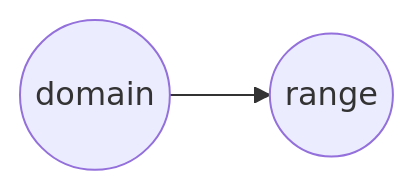
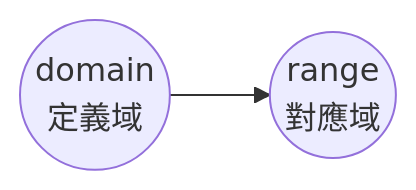
The first of 2 diagrams in calculus/0_functions.md (CaesarLi-WantToBeAFreeMan/math-notes), drawn with Mermaid before and after one commit. The commit also changed other lines of this file, not shown here.

````diff
--- a/calculus/0_functions.md
+++ b/calculus/0_functions.md
@@ -1178,4 +1233,4 @@
    ```mermaid
    flowchart LR
-        A(("domain")) --> B(("range"))
+        A(("domain<br>定義域")) --> B(("range<br>對應域"))
    ```
````
